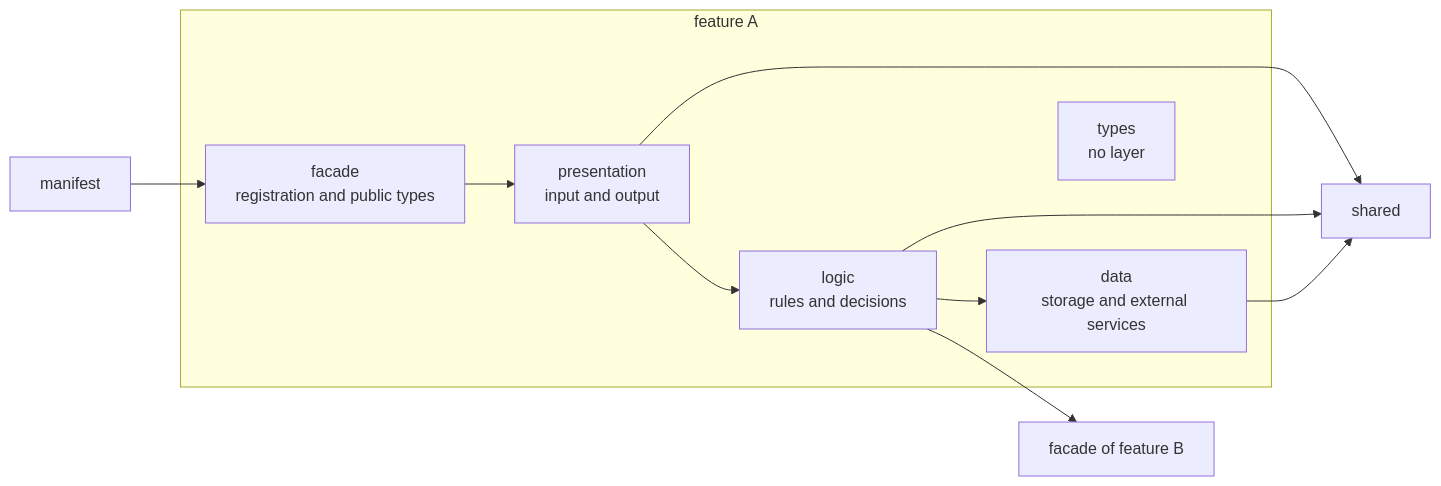
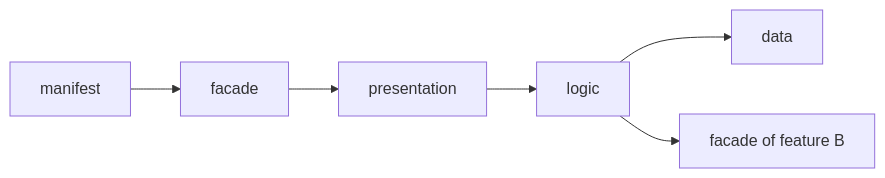
The third of 3 diagrams in docs/architect-system-foundation.md (AIDDbot/AIDDbot), drawn with Mermaid before and after one commit. The commit also changed other lines of this file and 4 other files, not shown here.

First line of the commit message:
refactor(skills): tighten /architect-system-foundation and /outline-system

````diff
--- a/docs/architect-system-foundation.md
+++ b/docs/architect-system-foundation.md
@@ -99,22 +48,8 @@
 ```mermaid
 flowchart LR
-    MANIFEST[manifest]
-    subgraph A[feature A]
-      FACADE[facade<br/>registration and public types]
-      PRES[presentation<br/>input and output]
-      LOGIC[logic<br/>rules and decisions]
-      DATA[data<br/>storage and external services]
-      TYPES[types<br/>no layer]
-    end
-    BFACADE[facade of feature B]
-    SHARED[shared]
-
-    MANIFEST --> FACADE
-    FACADE --> PRES
-    PRES --> LOGIC
-    LOGIC --> DATA
-    LOGIC --> BFACADE
-    PRES --> SHARED
-    LOGIC --> SHARED
-    DATA --> SHARED
+    MANIFEST[manifest] --> FACADE[facade]
+    FACADE --> PRES[presentation]
+    PRES --> LOGIC[logic]
+    LOGIC --> DATA[data]
+    LOGIC --> BFACADE[facade of feature B]
 ```
````
